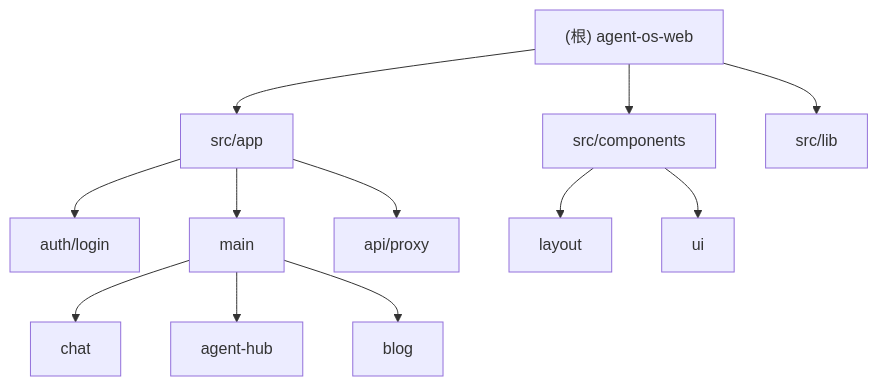
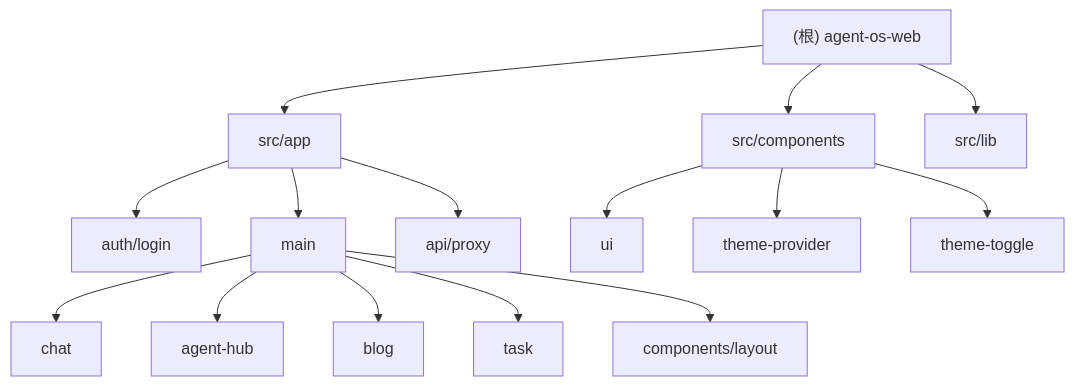
One commit to buhuijiaojiao/agent-os-web changed the diagram in CLAUDE.md. Above: the diagram before and after it, drawn with Mermaid. The commit also changed other lines of this file and 10 other files, not shown here.

````diff
--- a/CLAUDE.md
+++ b/CLAUDE.md
@@ -47,20 +51,25 @@
 ```mermaid
 graph TD
     A["(根) agent-os-web"] --> B["src/app"]
     B --> C["auth/login"]
     B --> D["main"]
     B --> E["api/proxy"]
     D --> F["chat"]
     D --> G["agent-hub"]
     D --> H["blog"]
-    A --> I["src/components"]
-    I --> J["layout"]
-    I --> K["ui"]
-    A --> L["src/lib"]
+    D --> I["task"]
+    D --> J["components/layout"]
+    A --> K["src/components"]
+    K --> L["ui"]
+    K --> M["theme-provider"]
+    K --> N["theme-toggle"]
+    A --> O["src/lib"]
 
     click C "./src/app/auth/login/CLAUDE.md" "查看登录模块文档"
     click F "./src/app/main/chat/CLAUDE.md" "查看聊天模块文档"
     click G "./src/app/main/agent-hub/CLAUDE.md" "查看智能体中心文档"
     click H "./src/app/main/blog/CLAUDE.md" "查看博客模块文档"
+    click I "./src/app/main/task/CLAUDE.md" "查看任务控制台文档"
     click E "./src/app/api/proxy/CLAUDE.md" "查看 API 代理文档"
+    click J "./src/app/main/components/layout/CLAUDE.md" "查看布局组件文档"
 ```
````
